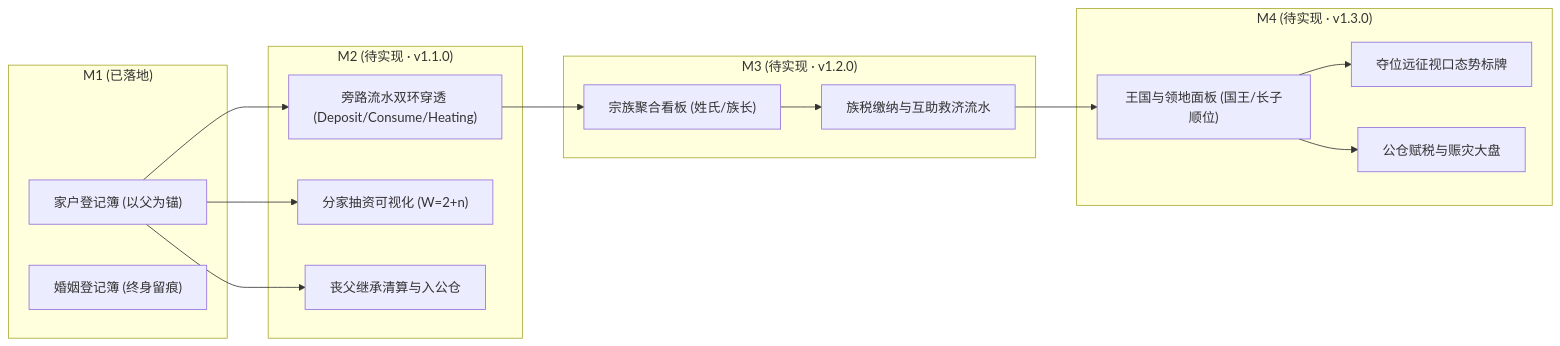
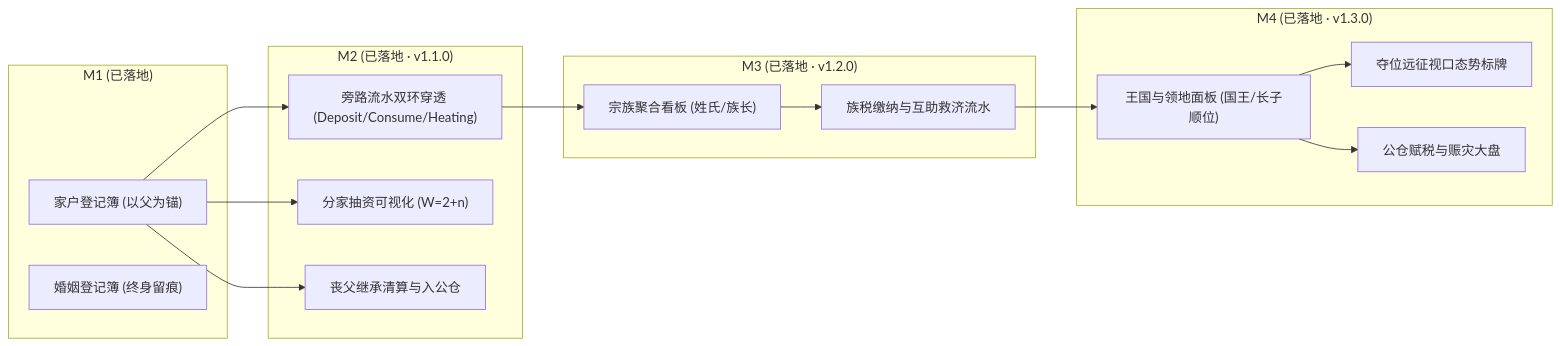
One commit to g39088902/FlowAndAccord changed the second of 5 diagrams in docs/UI_SPEC_AND_LEDGER_DESIGN.md. Above: the diagram before and after it, drawn with Mermaid. The commit also changed other lines of this file and 22 other files, not shown here.

````diff
--- a/docs/UI_SPEC_AND_LEDGER_DESIGN.md
+++ b/docs/UI_SPEC_AND_LEDGER_DESIGN.md
@@ -196,33 +196,33 @@
 ```mermaid
 graph LR
     subgraph "M1 (已落地)"
         M1_H["家户登记簿 (以父为锚)"]
         M1_M["婚姻登记簿 (终身留痕)"]
     end
 
-    subgraph "M2 (待实现 · v1.1.0)"
+    subgraph "M2 (已落地 · v1.1.0)"
         M2_J["旁路流水双环穿透 (Deposit/Consume/Heating)"]
         M2_S["分家抽资可视化 (W=2+n)"]
         M2_I["丧父继承清算与入公仓"]
     end
 
-    subgraph "M3 (待实现 · v1.2.0)"
+    subgraph "M3 (已落地 · v1.2.0)"
         M3_C["宗族聚合看板 (姓氏/族长)"]
         M3_T["族税缴纳与互助救济流水"]
     end
 
-    subgraph "M4 (待实现 · v1.3.0)"
+    subgraph "M4 (已落地 · v1.3.0)"
         M4_K["王国与领地面板 (国王/长子顺位)"]
         M4_E["夺位远征视口态势标牌"]
         M4_G["公仓赋税与赈灾大盘"]
     end
 
     M1_H --> M2_J
     M1_H --> M2_S
     M1_H --> M2_I
     M2_J --> M3_C
     M3_C --> M3_T
     M3_T --> M4_K
     M4_K --> M4_E
     M4_K --> M4_G
 ```
````
